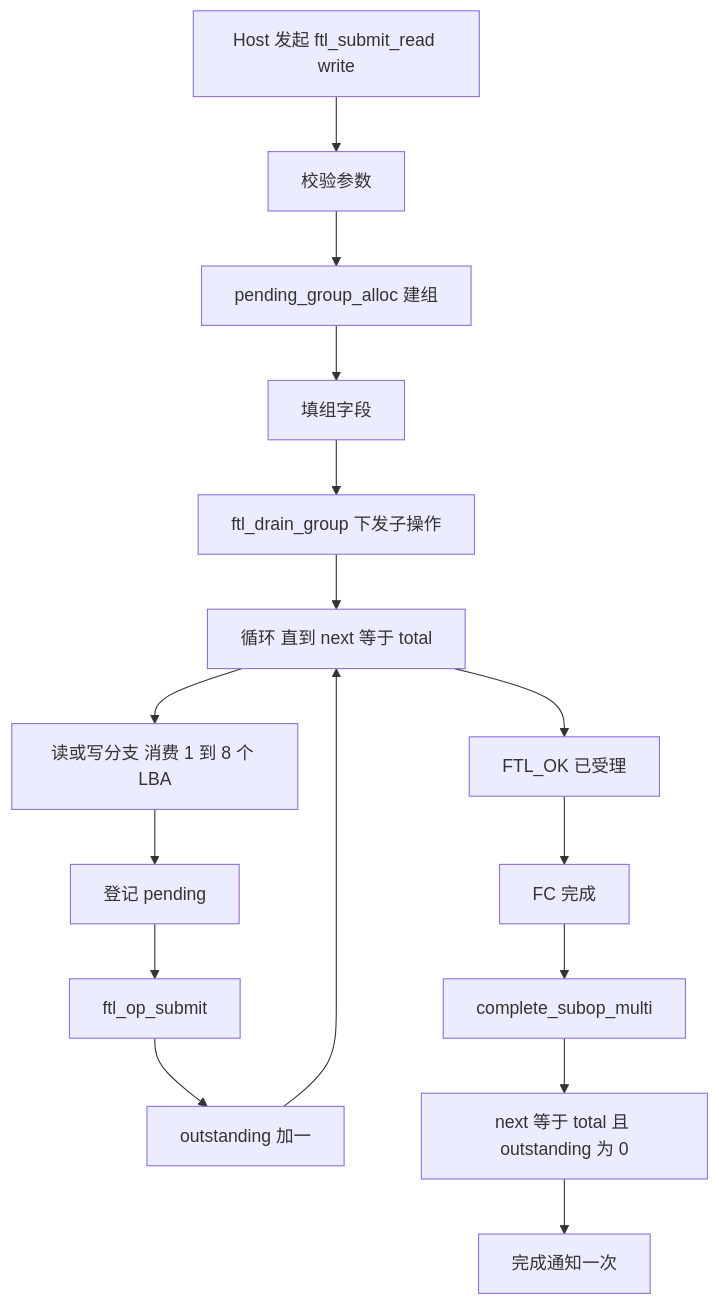
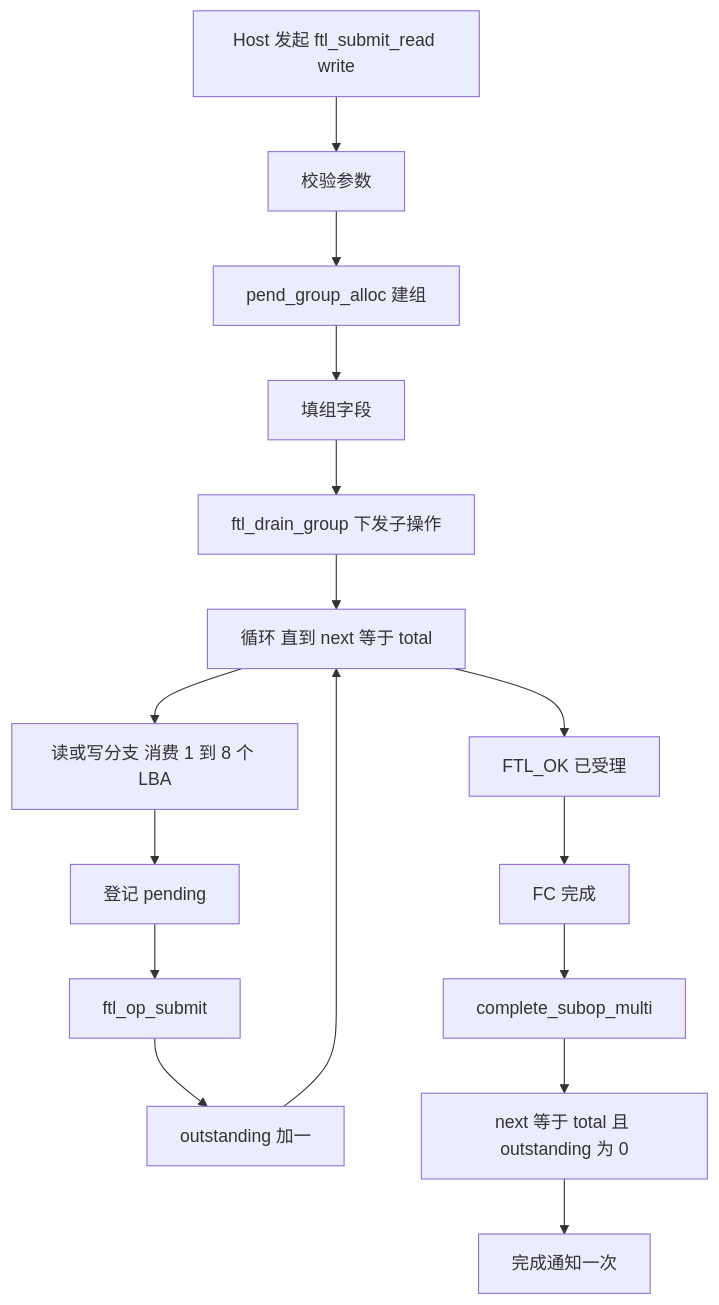
Diagram 17 of 32 in docs/design/ftl_design.md (YzYMIAO/BASESSD), drawn with Mermaid before and after one commit. The commit also changed other lines of this file and 48 other files, not shown here.

````diff
--- a/docs/design/ftl_design.md
+++ b/docs/design/ftl_design.md
@@ -2661,33 +2661,33 @@
 ```mermaid
 flowchart TD
     A["Host 发起 ftl_submit_read write"]
     B["校验参数"]
-    C["pending_group_alloc 建组"]
+    C["pend_group_alloc 建组"]
     D["填组字段"]
     E["ftl_drain_group 下发子操作"]
     F["循环 直到 next 等于 total"]
     G["读或写分支 消费 1 到 8 个 LBA"]
     H["登记 pending"]
     I["ftl_op_submit"]
     J["outstanding 加一"]
     K["FTL_OK 已受理"]
     L["FC 完成"]
     M["complete_subop_multi"]
     N["next 等于 total 且 outstanding 为 0"]
     O["完成通知一次"]
     A --> B
     B --> C
     C --> D
     D --> E
     E --> F
     F --> G
     G --> H
     H --> I
     I --> J
     J --> F
     F --> K
     K --> L
     L --> M
     M --> N
     N --> O
 ```
````
